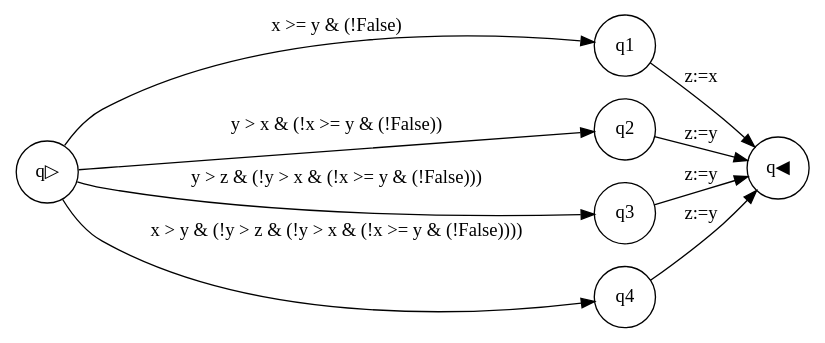
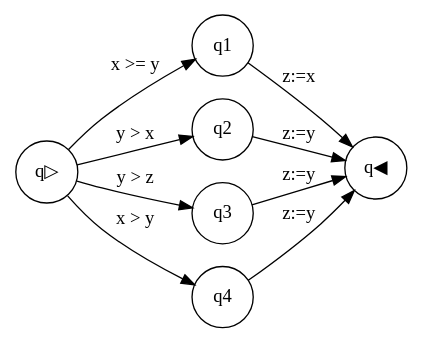
The diagram in Parser/src/input-output/output.dot (Luppilau/Parser), drawn with Graphviz before and after one commit. The commit also changed 4 other files, not shown here.

```diff
--- a/Parser/src/input-output/output.dot
+++ b/Parser/src/input-output/output.dot
@@ -1,12 +1,12 @@
 digraph G {
 rankdir=LR;
 node [shape = circle]
 q1 -> q◀ [label="z:=x"] 
-q▷ -> q1 [label="x >= y & (!False)"] 
+q▷ -> q1 [label="x >= y"] 
 q2 -> q◀ [label="z:=y"] 
-q▷ -> q2 [label="y > x & (!x >= y & (!False))"] 
+q▷ -> q2 [label="y > x"] 
 q3 -> q◀ [label="z:=y"] 
-q▷ -> q3 [label="y > z & (!y > x & (!x >= y & (!False)))"] 
+q▷ -> q3 [label="y > z"] 
 q4 -> q◀ [label="z:=y"] 
-q▷ -> q4 [label="x > y & (!y > z & (!y > x & (!x >= y & (!False))))"] 
+q▷ -> q4 [label="x > y"] 
 }
```
